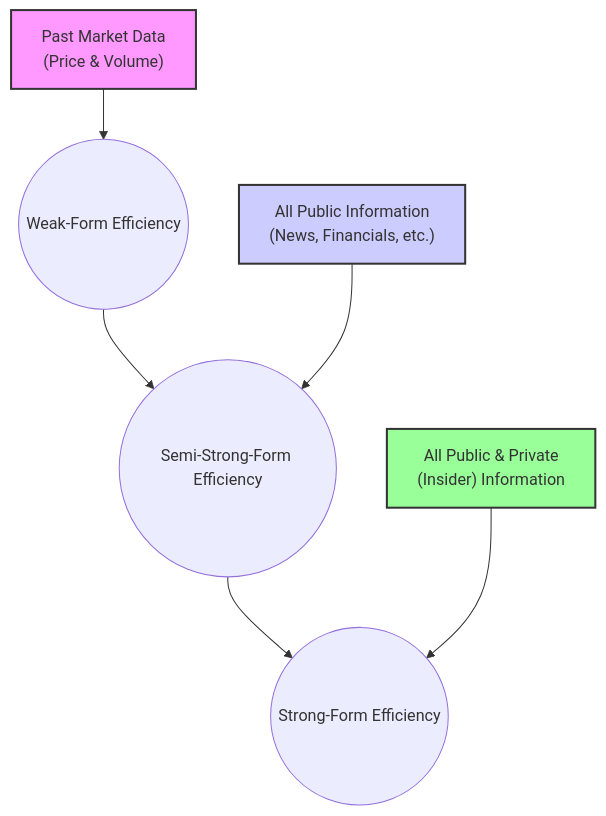
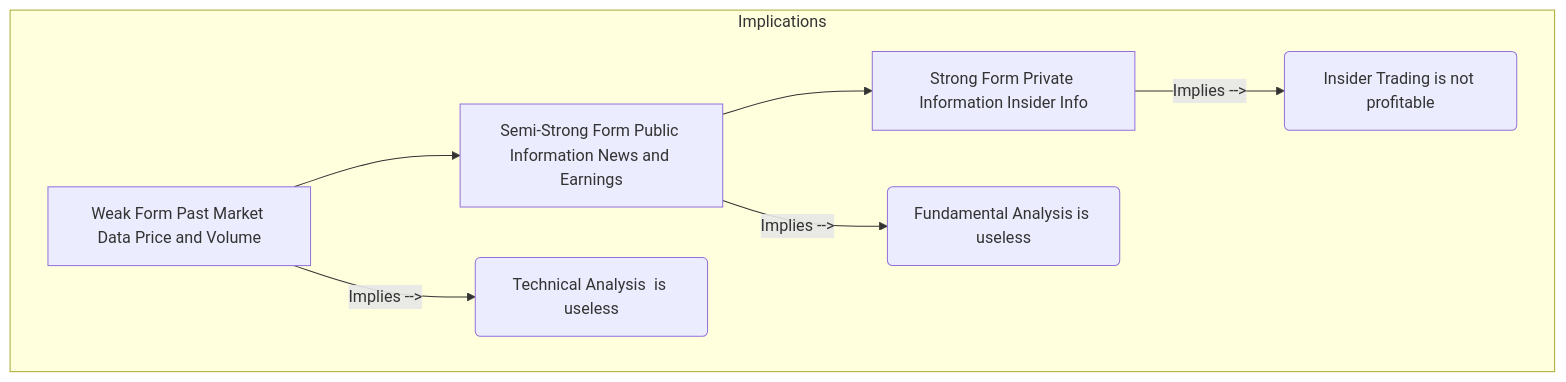
The diagram in docs/LOS/Equity/Reading 41.md (agarwalvipin/open_cfa), drawn with Mermaid before and after one commit. The commit also changed other lines of this file and 22 other files, not shown here.

````diff
--- a/docs/LOS/Equity/Reading 41.md
+++ b/docs/LOS/Equity/Reading 41.md
@@ -33,12 +60,11 @@
 ```mermaid
 graph TD
-    A["Past Market Data<br/>(Price & Volume)"] --> B(("Weak-Form Efficiency"))
-    B --> C(("Semi-Strong-Form Efficiency"))
-    D["All Public Information<br/>(News, Financials, etc.)"] --> C
-    C --> E(("Strong-Form Efficiency"))
-    F["All Public & Private<br/>(Insider) Information"] --> E
+    A[Weak Form Past Market Data Price and Volume] --> B[Semi-Strong Form Public Information News and Earnings];
+    B --> C[Strong Form Private Information Insider Info];
 
-    style A fill:#f9f,stroke:#333,stroke-width:2px
-    style D fill:#ccf,stroke:#333,stroke-width:2px
-    style F fill:#9f9,stroke:#333,stroke-width:2px
+    subgraph "Implications"
+        A -- "Implies -->" --> T(Technical Analysis  is useless);
+        B -- "Implies -->" --> F(Fundamental Analysis is useless);
+        C -- "Implies -->" --> I(Insider Trading is not profitable);
+    end
 ```
````
